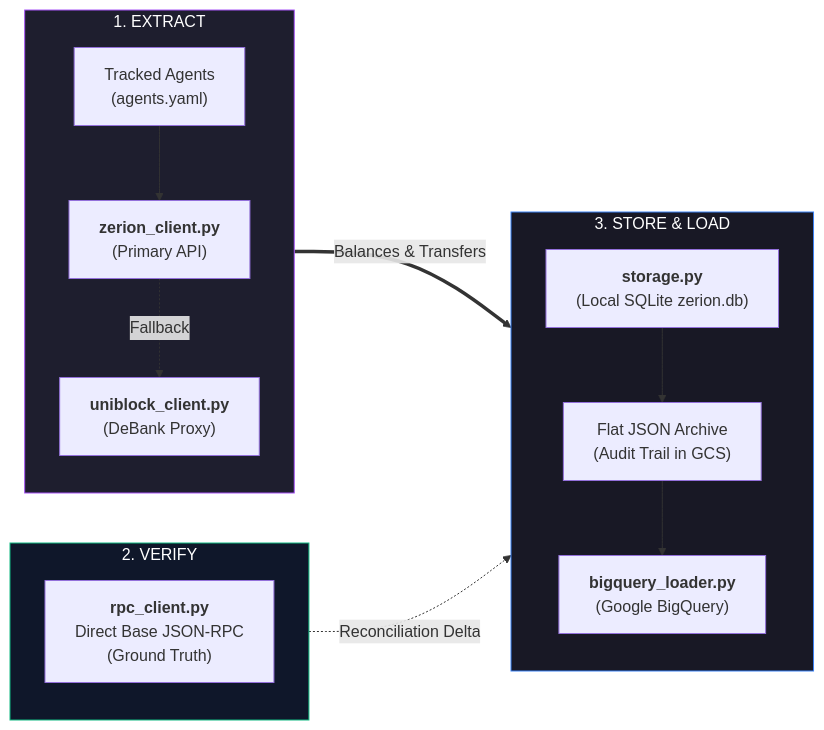
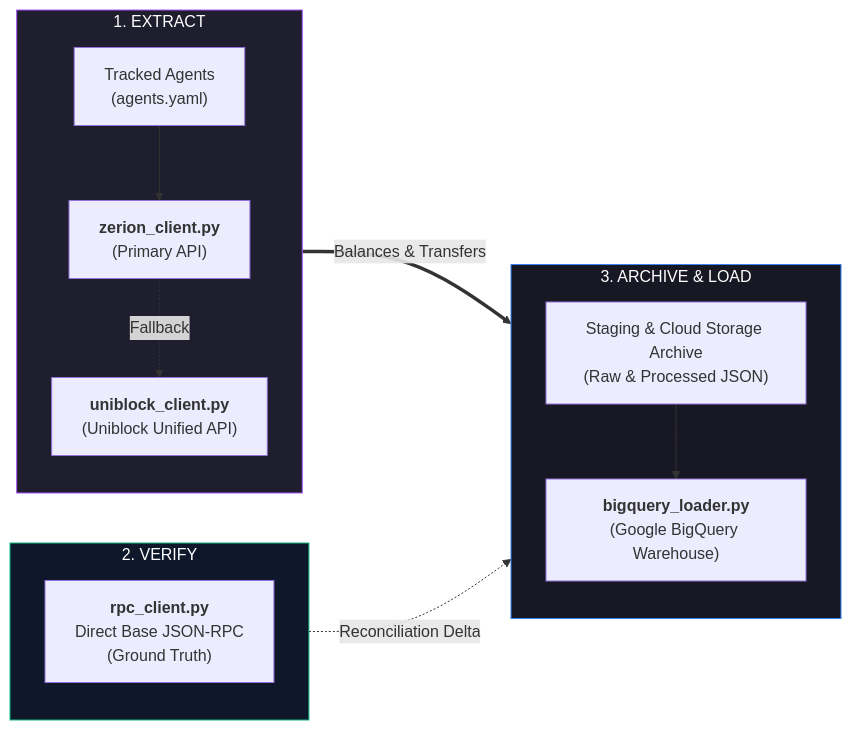
The diagram in docs/core_pipeline_and_storage.md (abdelhaqs/agent-accounting), drawn with Mermaid before and after one commit. The commit also changed other lines of this file and 8 other files, not shown here.

Commit message:
Clarify Uniblock Unified API abstraction and separate local testing/SQLite from production diagrams

````diff
--- a/docs/core_pipeline_and_storage.md
+++ b/docs/core_pipeline_and_storage.md
@@ -12,28 +12,27 @@
 ```mermaid
 flowchart LR
     subgraph S1["1. EXTRACT"]
         direction TB
         A["Tracked Agents<br/>(agents.yaml)"] --> B["<b>zerion_client.py</b><br/>(Primary API)"]
-        B -.->|Fallback| C["<b>uniblock_client.py</b><br/>(DeBank Proxy)"]
+        B -.->|Fallback| C["<b>uniblock_client.py</b><br/>(Uniblock Unified API)"]
     end
 
     subgraph S2["2. VERIFY"]
         direction TB
         D["<b>rpc_client.py</b><br/>Direct Base JSON-RPC<br/>(Ground Truth)"]
     end
 
-    subgraph S3["3. STORE & LOAD"]
+    subgraph S3["3. ARCHIVE & LOAD"]
         direction TB
-        E["<b>storage.py</b><br/>(Local SQLite zerion.db)"]
-        F["Flat JSON Archive<br/>(Audit Trail in GCS)"]
-        G["<b>bigquery_loader.py</b><br/>(Google BigQuery)"]
-        E --> F --> G
+        E["Staging & Cloud Storage Archive<br/>(Raw & Processed JSON)"]
+        F["<b>bigquery_loader.py</b><br/>(Google BigQuery Warehouse)"]
+        E --> F
     end
 
     S1 ==>|Balances & Transfers| S3
     S2 -.->|Reconciliation Delta| S3
 
     style S1 fill:#1e1e2e,stroke:#a855f7,stroke-width:1px,color:#fff
     style S2 fill:#0f172a,stroke:#10b981,stroke-width:1px,color:#fff
     style S3 fill:#181825,stroke:#3b82f6,stroke-width:1px,color:#fff
 ```
````
